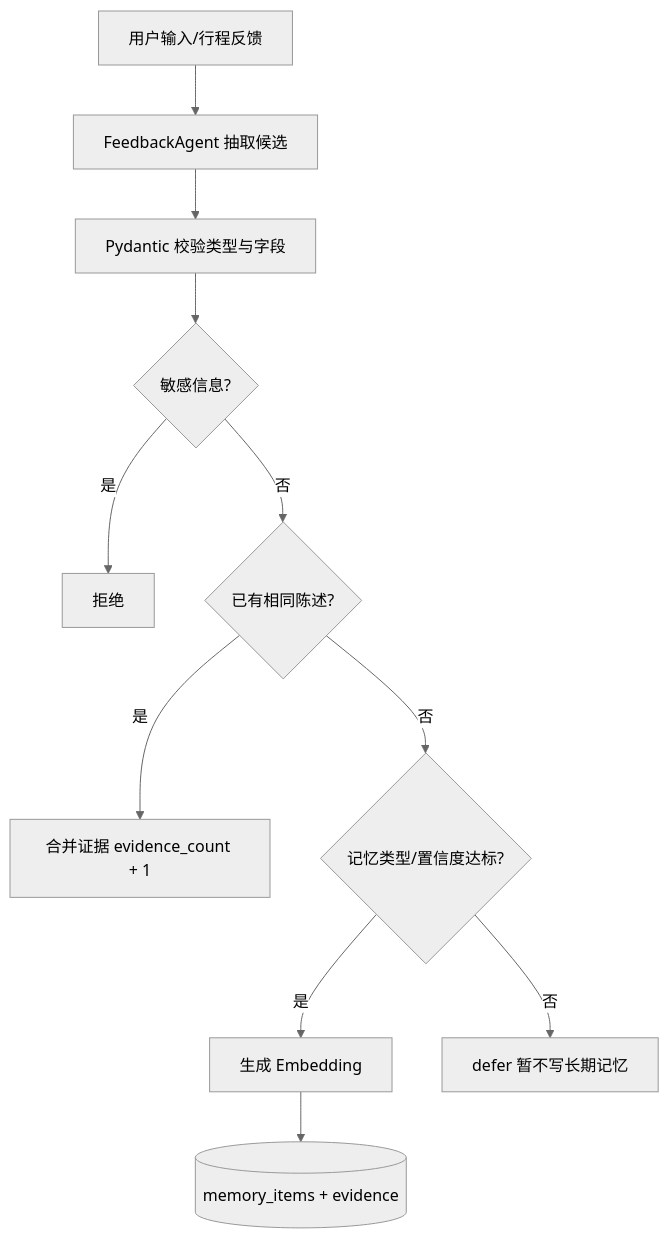
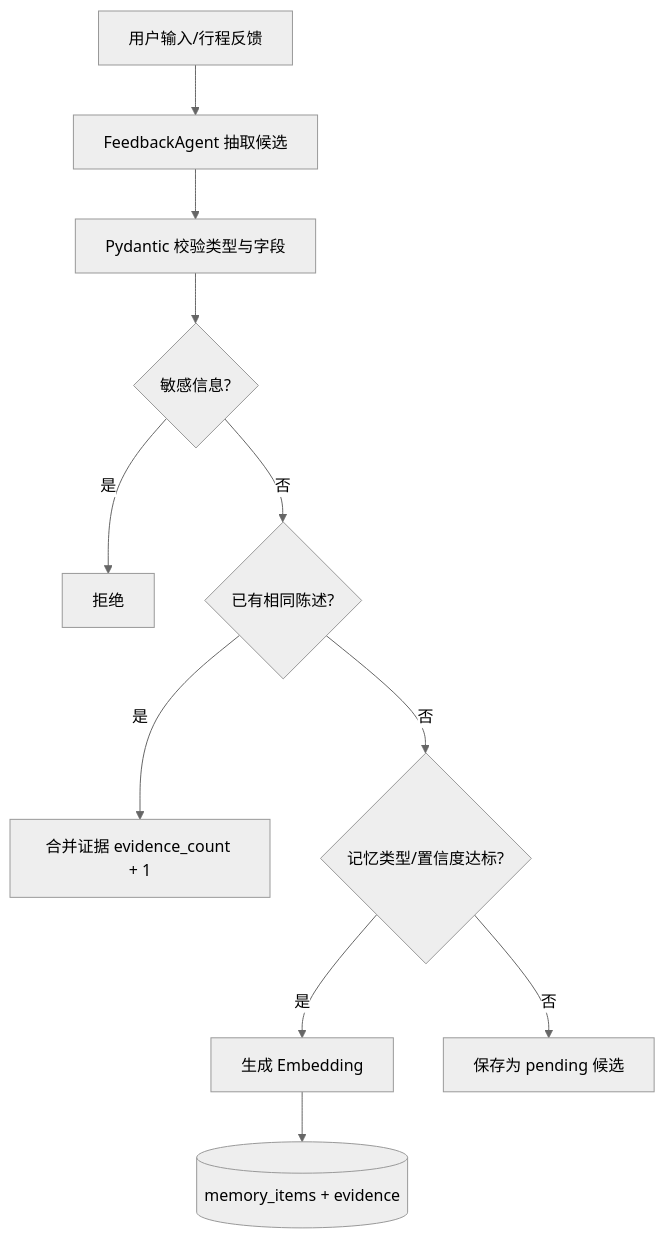
One commit to Qiwindya816/-agent changed the seventh of 7 diagrams in Document for study/TRAVELMIND_LEARNING_REPORT.md. Above: the diagram before and after it, drawn with Mermaid (neutral theme). The commit also changed other lines of this file and 20 other files, not shown here.

````diff
--- a/Document for study/TRAVELMIND_LEARNING_REPORT.md
+++ b/Document for study/TRAVELMIND_LEARNING_REPORT.md
@@ -620,13 +621,13 @@
 ```mermaid
 flowchart TD
     U[用户输入/行程反馈] --> F[FeedbackAgent 抽取候选]
     F --> V[Pydantic 校验类型与字段]
     V --> S{敏感信息?}
     S -- 是 --> RJ[拒绝]
     S -- 否 --> D{已有相同陈述?}
     D -- 是 --> M[合并证据 evidence_count + 1]
     D -- 否 --> T{记忆类型/置信度达标?}
     T -- 是 --> E[生成 Embedding]
     E --> DB[(memory_items + evidence)]
-    T -- 否 --> DF[defer 暂不写长期记忆]
+    T -- 否 --> DF[保存为 pending 候选]
 ```
````
